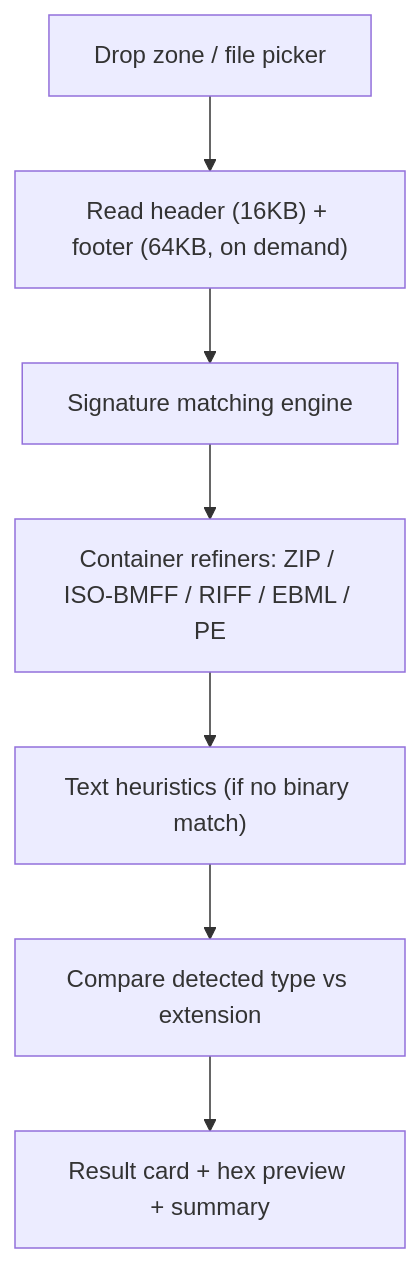
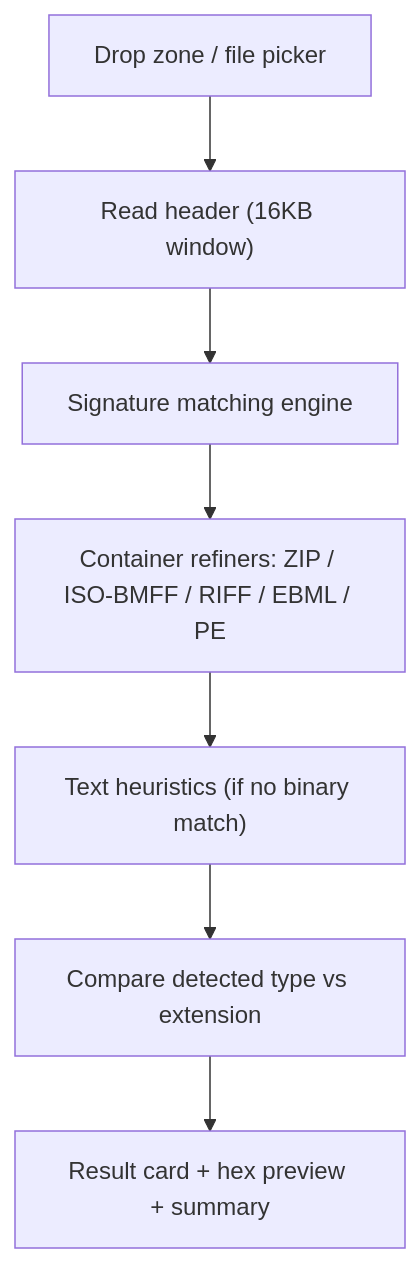
One commit to atahan99/NeonSig changed the diagram in README.md. Above: the diagram before and after it, drawn with Mermaid. The commit also changed other lines of this file and 1 other file, not shown here.

````diff
--- a/README.md
+++ b/README.md
@@ -68,9 +68,9 @@
 ```mermaid
 flowchart TD
-    input["Drop zone / file picker"] --> read["Read header (16KB) + footer (64KB, on demand)"]
+    input["Drop zone / file picker"] --> read["Read header (16KB window)"]
     read --> engine["Signature matching engine"]
     engine --> refine["Container refiners: ZIP / ISO-BMFF / RIFF / EBML / PE"]
     refine --> text["Text heuristics (if no binary match)"]
     text --> cmp["Compare detected type vs extension"]
     cmp --> render["Result card + hex preview + summary"]
 ```
````
